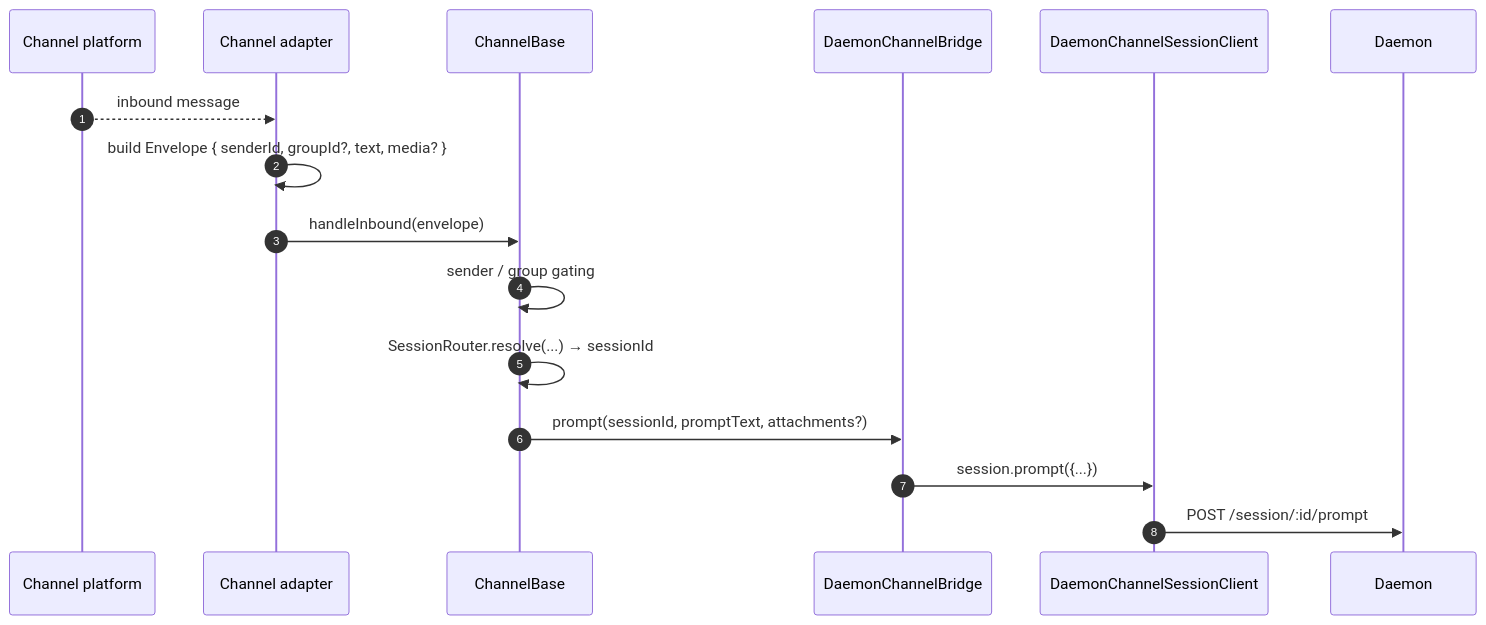
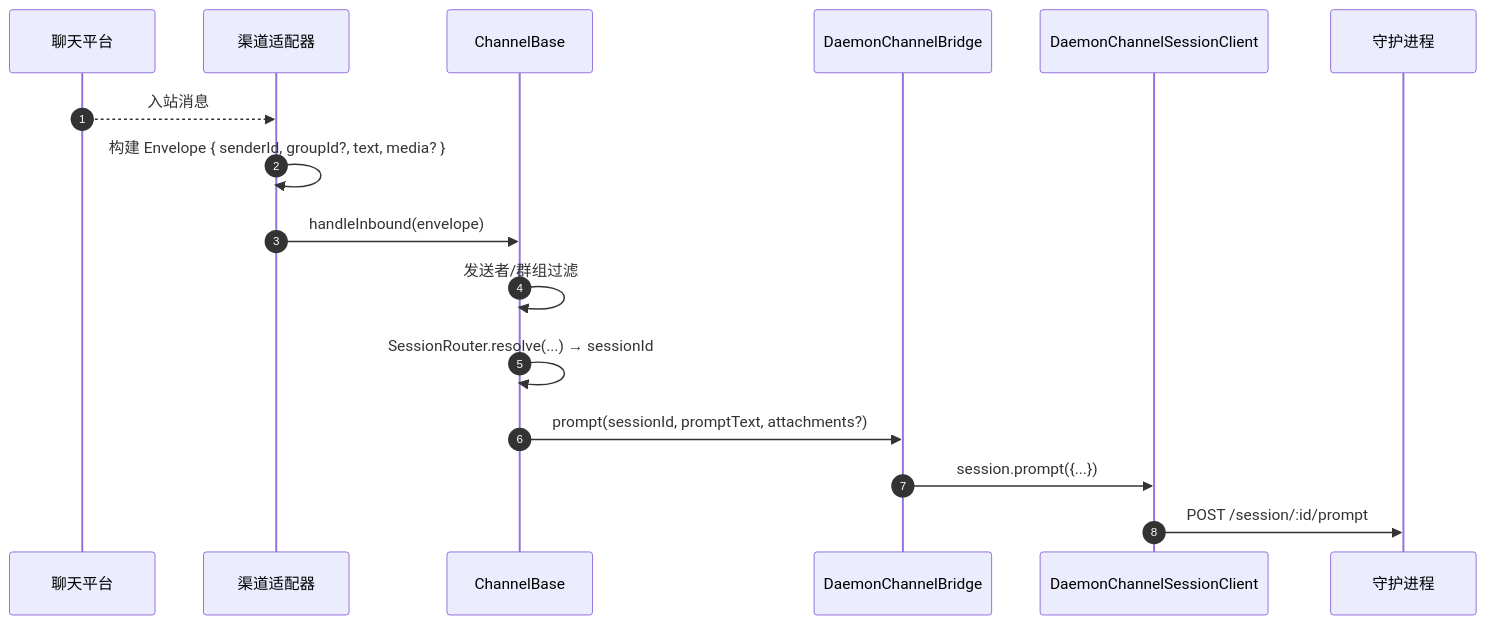
Before and after one commit to QwenLM/qwen-code-docs: the first of 3 diagrams in website/content/zh/developers/daemon/15-channel-adapters.md, drawn with Mermaid. The commit also changed other lines of this file and 128 other files, not shown here.

````diff
--- a/website/content/zh/developers/daemon/15-channel-adapters.md
+++ b/website/content/zh/developers/daemon/15-channel-adapters.md
@@ -93,19 +98,19 @@
 ```mermaid
 sequenceDiagram
     autonumber
-    participant CH as Channel platform
-    participant AD as Channel adapter
+    participant CH as 聊天平台
+    participant AD as 渠道适配器
     participant CB as ChannelBase
     participant BR as DaemonChannelBridge
     participant SC as DaemonChannelSessionClient
-    participant D as Daemon
+    participant D as 守护进程
 
-    CH-->>AD: inbound message
-    AD->>AD: build Envelope { senderId, groupId?, text, media? }
+    CH-->>AD: 入站消息
+    AD->>AD: 构建 Envelope { senderId, groupId?, text, media? }
     AD->>CB: handleInbound(envelope)
-    CB->>CB: sender / group gating
+    CB->>CB: 发送者/群组过滤
     CB->>CB: SessionRouter.resolve(...) → sessionId
     CB->>BR: prompt(sessionId, promptText, attachments?)
     BR->>SC: session.prompt({...})
     SC->>D: POST /session/:id/prompt
 ```
````
